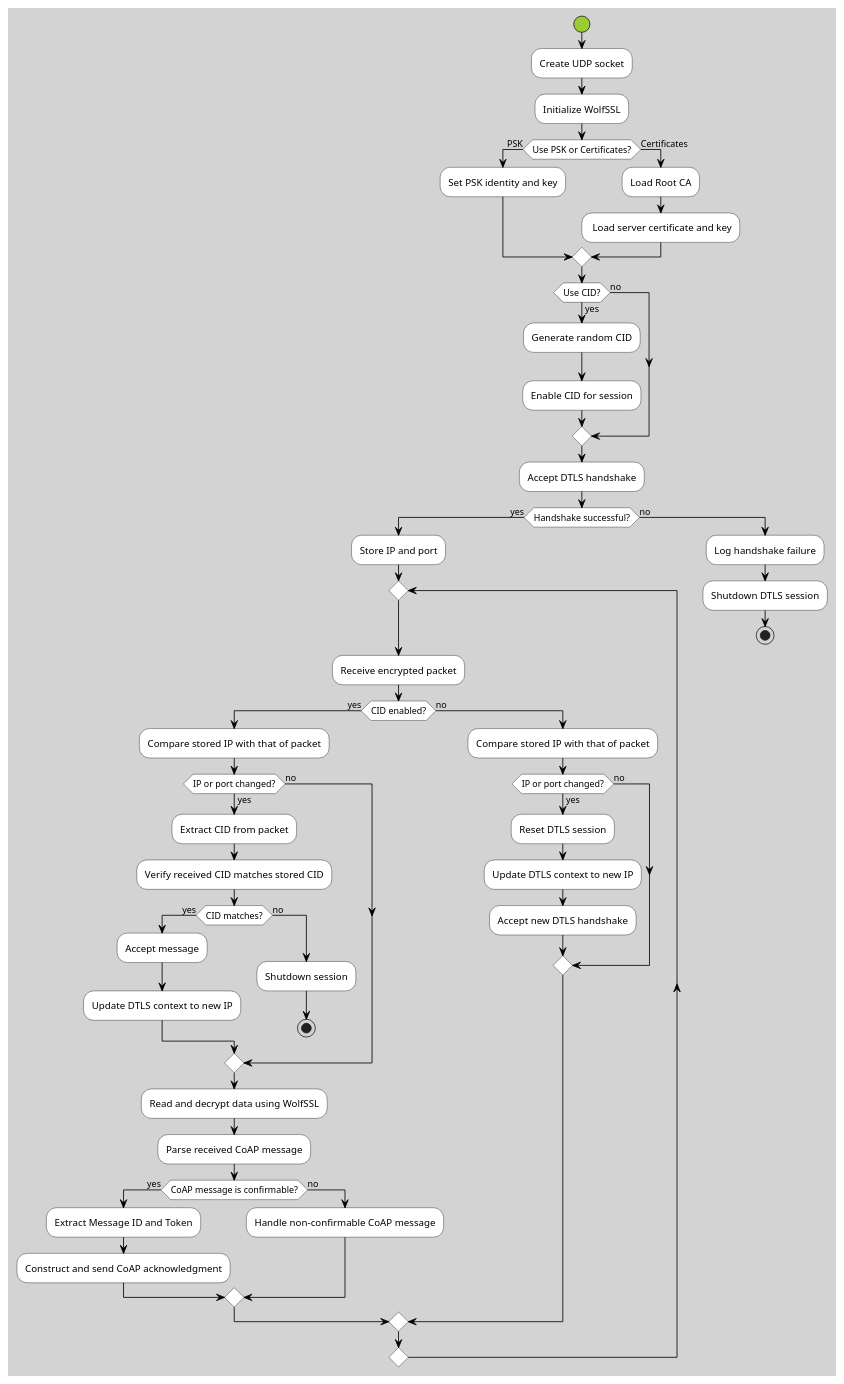
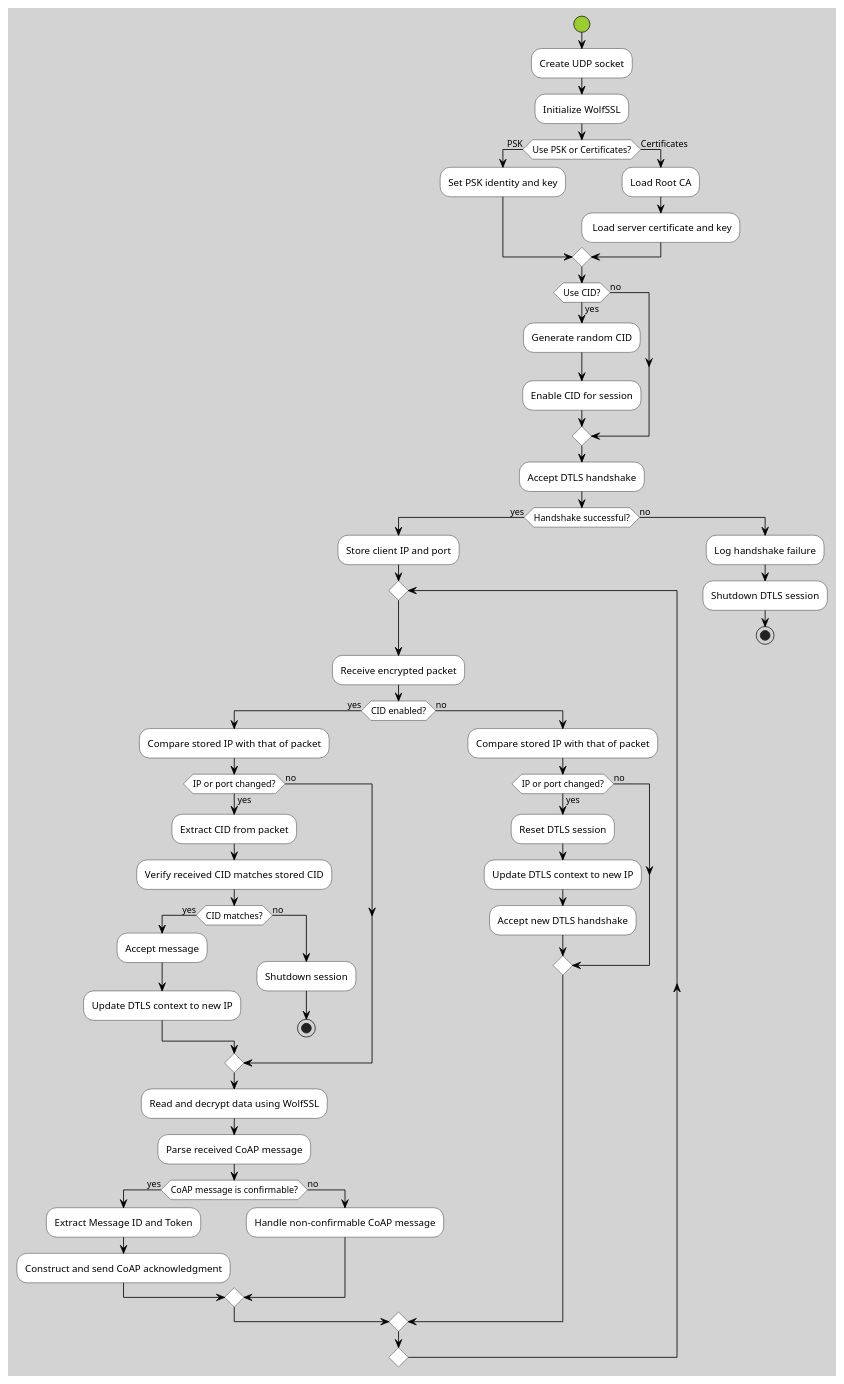
The diagram in Documentation/sequence-server.plantuml (Johann-Zurner/DTLS_CoAP_Server), drawn with PlantUML before and after one commit.

Commit message:
diagram changes

```diff
--- a/Documentation/sequence-server.plantuml
+++ b/Documentation/sequence-server.plantuml
@@ -1,72 +1,72 @@
 @startuml DTLS_Server_Workflow
 skinparam backgroundColor LightGrey
 skinparam activity {
     StartColor YellowGreen
     EndColor Tomato
     BackgroundColor White
     ArrowColor Black
 }
 start
 
 :Create UDP socket;
 :Initialize WolfSSL;
 
 if (Use PSK or Certificates?) then (PSK)
     :Set PSK identity and key;
 else (Certificates)
     :Load Root CA;
     : Load server certificate and key;
 endif
 
 if (Use CID?) then (yes)
     :Generate random CID;
     :Enable CID for session;
 else (no)
 endif
 
 :Accept DTLS handshake;
 if (Handshake successful?) then (yes)
-    :Store IP and port;
+    :Store client IP and port;
     repeat
         label receivepacket
         :Receive encrypted packet;
         if (CID enabled?) then (yes)
             :Compare stored IP with that of packet;
             if (IP or port changed?) then (yes)
                 :Extract CID from packet;
                 :Verify received CID matches stored CID;
                 if (CID matches?) then (yes)
                     :Accept message;
                     :Update DTLS context to new IP;
                 else (no)
                     label shutdown
                     :Shutdown session;
                     stop
                 endif
             else (no)
             endif
             :Read and decrypt data using WolfSSL;
             :Parse received CoAP message;
             if (CoAP message is confirmable?) then (yes)
                 :Extract Message ID and Token;
                 :Construct and send CoAP acknowledgment;
             else (no)
                 :Handle non-confirmable CoAP message;
             endif
         else (no)
             :Compare stored IP with that of packet;
             if (IP or port changed?) then (yes)
                 :Reset DTLS session;
                 :Update DTLS context to new IP;
                 :Accept new DTLS handshake;
             else (no)
             endif
         endif
     repeat while
     detach
 else (no)
     :Log handshake failure;
     :Shutdown DTLS session;
     stop
 endif
 @enduml
```
